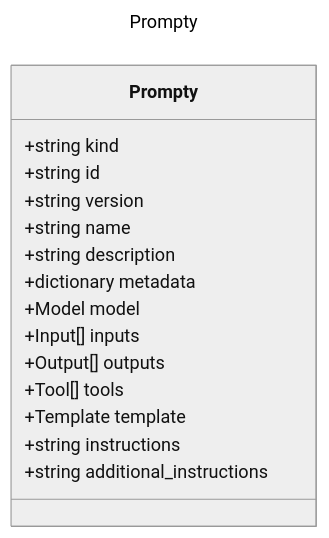
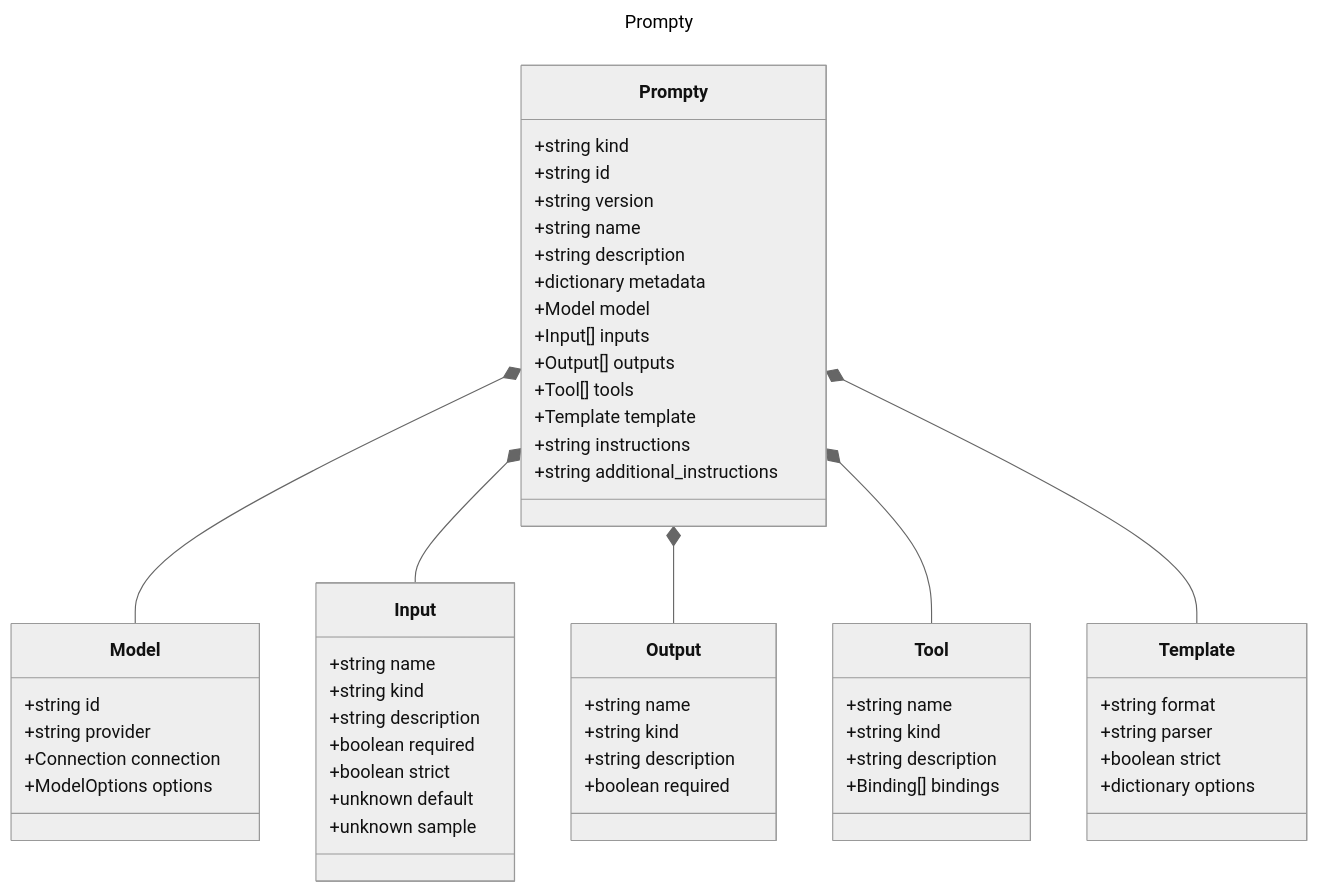
The diagram in specification/prompty/docs/Prompty.md (microsoft/prompty), drawn with Mermaid (neutral theme) before and after one commit. The commit also changed 12 other files, not shown here.

Commit message:
renforced compositional types into diagrams

````diff
--- a/specification/prompty/docs/Prompty.md
+++ b/specification/prompty/docs/Prompty.md
@@ -12,21 +12,59 @@
 ```mermaid
 ---
 title: Prompty
 ---
 classDiagram
     class Prompty {
         +string kind
         +string id
         +string version
         +string name
         +string description
         +dictionary metadata
         +Model model
         +Input[] inputs
         +Output[] outputs
         +Tool[] tools
         +Template template
         +string instructions
         +string additional_instructions
     }
+    class Model {
+        +string id
+        +string provider
+        +Connection connection
+        +ModelOptions options
+    }
+    Prompty *-- Model
+    class Input {
+        +string name
+        +string kind
+        +string description
+        +boolean required
+        +boolean strict
+        +unknown default
+        +unknown sample
+    }
+    Prompty *-- Input
+    class Output {
+        +string name
+        +string kind
+        +string description
+        +boolean required
+    }
+    Prompty *-- Output
+    class Tool {
+        +string name
+        +string kind
+        +string description
+        +Binding[] bindings
+    }
+    Prompty *-- Tool
+    class Template {
+        +string format
+        +string parser
+        +boolean strict
+        +dictionary options
+    }
+    Prompty *-- Template
 ```
````
